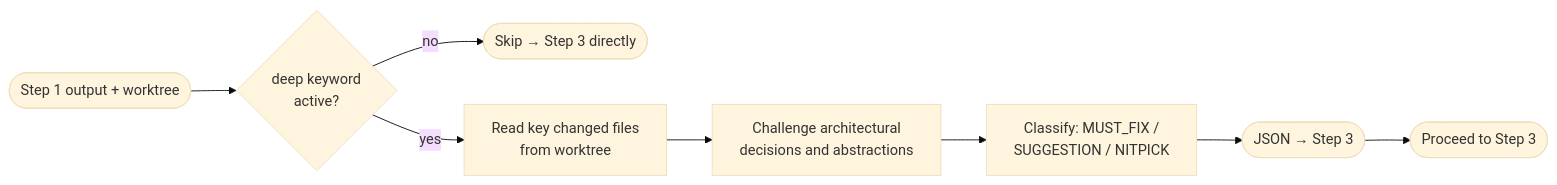
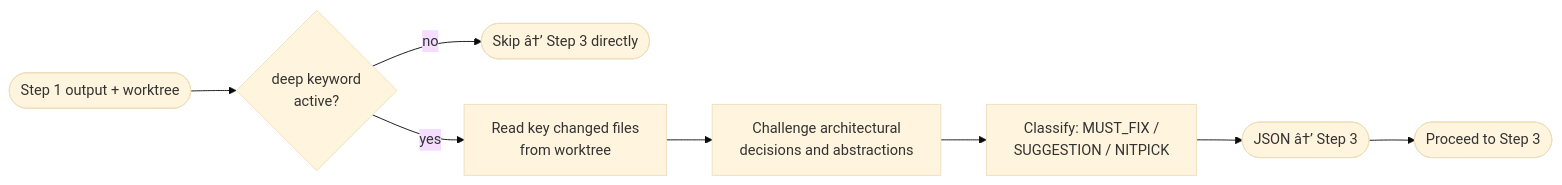
One commit to MrKimBao/dev-lifecycle-agents changed the diagram in ai-workspace/review-lifecycle/step-B-architecture.md. Above: the diagram before and after it, drawn with Mermaid (base theme). The commit also changed other lines of this file and 19 other files, not shown here.

````diff
--- a/ai-workspace/review-lifecycle/step-B-architecture.md
+++ b/ai-workspace/review-lifecycle/step-B-architecture.md
@@ -35,11 +35,11 @@
 ```mermaid
 flowchart LR
     IN([Step 1 output + worktree]) --> CHECK
     CHECK{deep keyword\nactive?}
-    CHECK -->|no| SKIP([Skip → Step 3 directly])
+    CHECK -->|no| SKIP([Skip â†’ Step 3 directly])
     CHECK -->|yes| B1
     B1[Read key changed files\nfrom worktree] --> B2
     B2[Challenge architectural\ndecisions and abstractions] --> B3
-    B3[Classify: MUST_FIX /\nSUGGESTION / NITPICK] --> OUT([JSON → Step 3])
+    B3[Classify: MUST_FIX /\nSUGGESTION / NITPICK] --> OUT([JSON â†’ Step 3])
     OUT --> NEXT([Proceed to Step 3])
 ```
````
